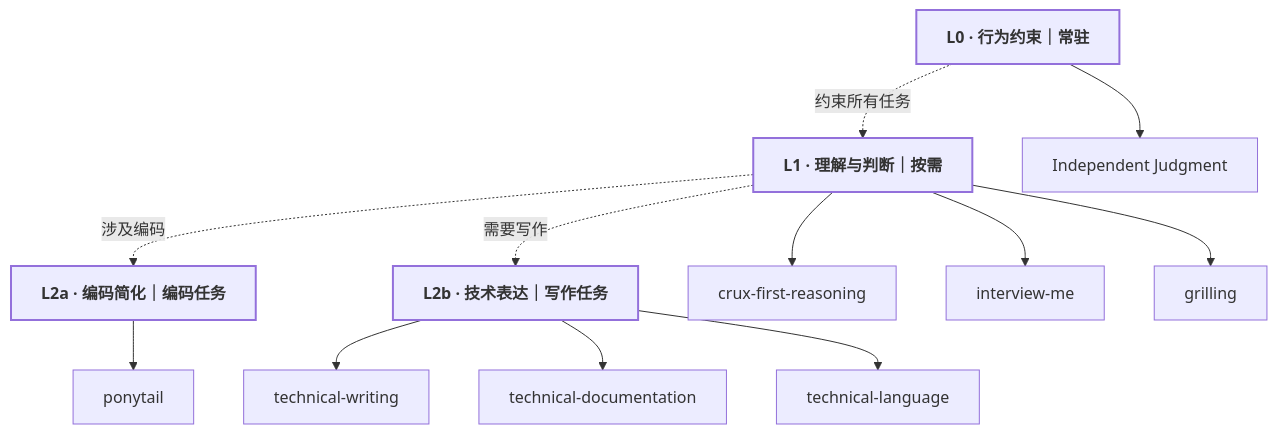
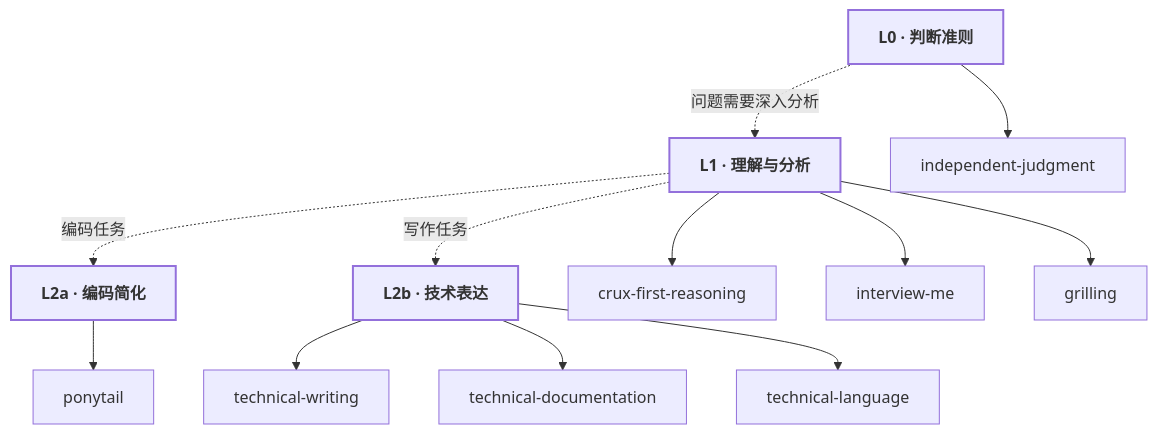
Before and after one commit to oydodo/skills: the diagram in README.md, drawn with Mermaid. The commit also changed other lines of this file and 13 other files, not shown here.

Commit message:
refactor: manage independent judgment as a standalone Skill

````diff
--- a/README.md
+++ b/README.md
@@ -5,25 +5,24 @@
 ```mermaid
 flowchart TB
-    L0["L0 · 行为约束｜常驻"]
-    L1["L1 · 理解与判断｜按需"]
-    L2C["L2a · 编码简化｜编码任务"]
-    L2W["L2b · 技术表达｜写作任务"]
+    L0["L0 · 判断准则"]
+    L1["L1 · 理解与分析"]
+    L2C["L2a · 编码简化"]
+    L2W["L2b · 技术表达"]
 
-    L0 --> IJ["Independent Judgment"]
-    L0 -. "约束所有任务" .-> L1
-
+    L0 --> IJ["independent-judgment"]
+    L0 -. "问题需要深入分析" .-> L1
     L1 --> CR["crux-first-reasoning"]
     L1 --> IM["interview-me"]
     L1 --> GR["grilling"]
 
-    L1 -. "涉及编码" .-> L2C
-    L1 -. "需要写作" .-> L2W
+    L1 -. "编码任务" .-> L2C
+    L1 -. "写作任务" .-> L2W
 
     L2C --> PT["ponytail"]
     L2W --> TW["technical-writing"]
     L2W --> TD["technical-documentation"]
     L2W --> TL["technical-language"]
 
     classDef layer stroke-width:2px,font-weight:bold
     class L0,L1,L2C,L2W layer
 ```
````
